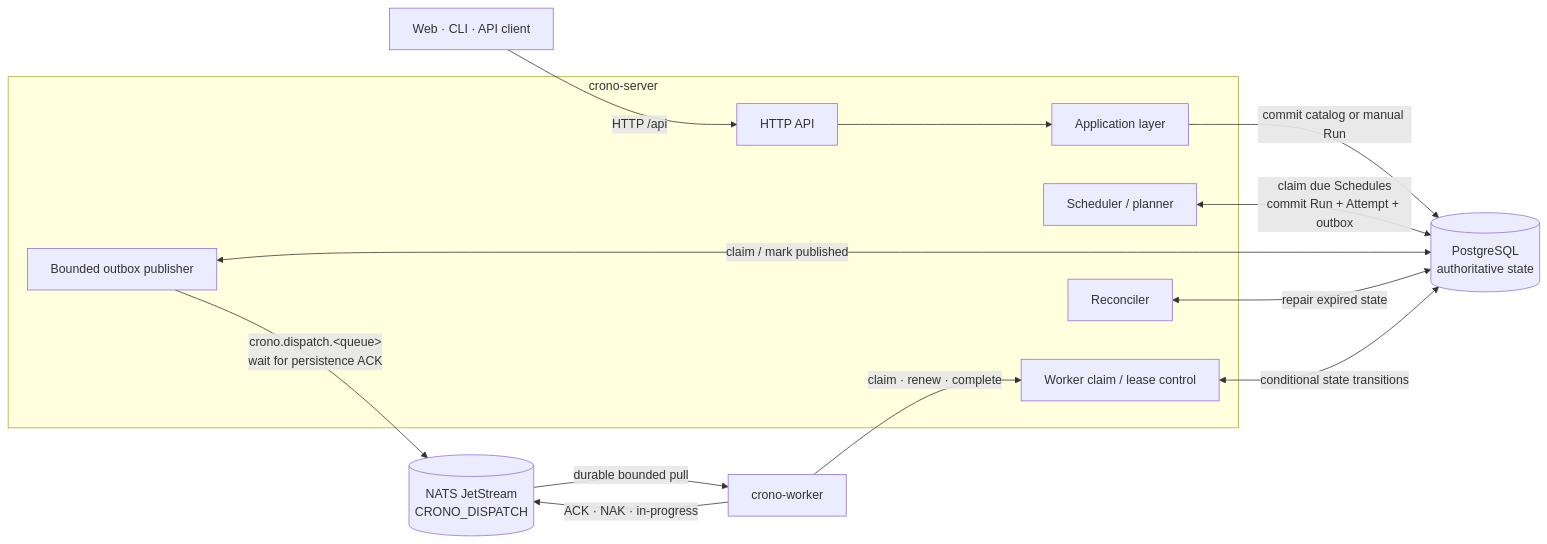
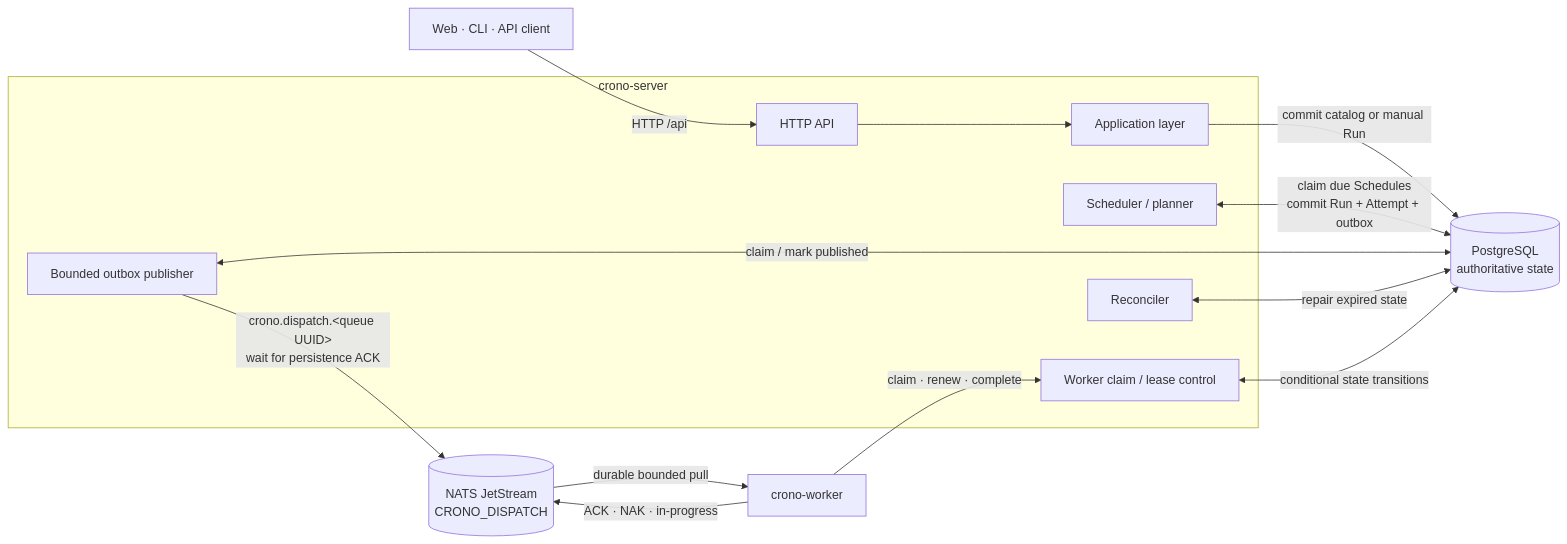
One commit to crono-io/crono changed the first of 5 diagrams in README.md. Above: the diagram before and after it, drawn with Mermaid. The commit also changed other lines of this file and 33 other files, not shown here.

````diff
--- a/README.md
+++ b/README.md
@@ -11,23 +11,23 @@
 ```mermaid
 flowchart LR
     Client["Web · CLI · API client"] -->|HTTP /api| API
 
     subgraph Server["crono-server"]
         API["HTTP API"] --> App["Application layer"]
         Scheduler["Scheduler / planner"]
         Publisher["Bounded outbox publisher"]
         Control["Worker claim / lease control"]
         Reconciler["Reconciler"]
     end
 
     App -->|"commit catalog or manual Run"| PG[("PostgreSQL<br/>authoritative state")]
     Scheduler <-->|"claim due Schedules<br/>commit Run + Attempt + outbox"| PG
     Publisher <-->|"claim / mark published"| PG
     Reconciler <-->|"repair expired state"| PG
     Control <-->|"conditional state transitions"| PG
 
-    Publisher -->|"crono.dispatch.&lt;queue&gt;<br/>wait for persistence ACK"| JS[("NATS JetStream<br/>CRONO_DISPATCH")]
+    Publisher -->|"crono.dispatch.&lt;queue UUID&gt;<br/>wait for persistence ACK"| JS[("NATS JetStream<br/>CRONO_DISPATCH")]
     JS -->|"durable bounded pull"| Worker["crono-worker"]
     Worker -->|"claim · renew · complete"| Control
     Worker -->|"ACK · NAK · in-progress"| JS
 ```
````
